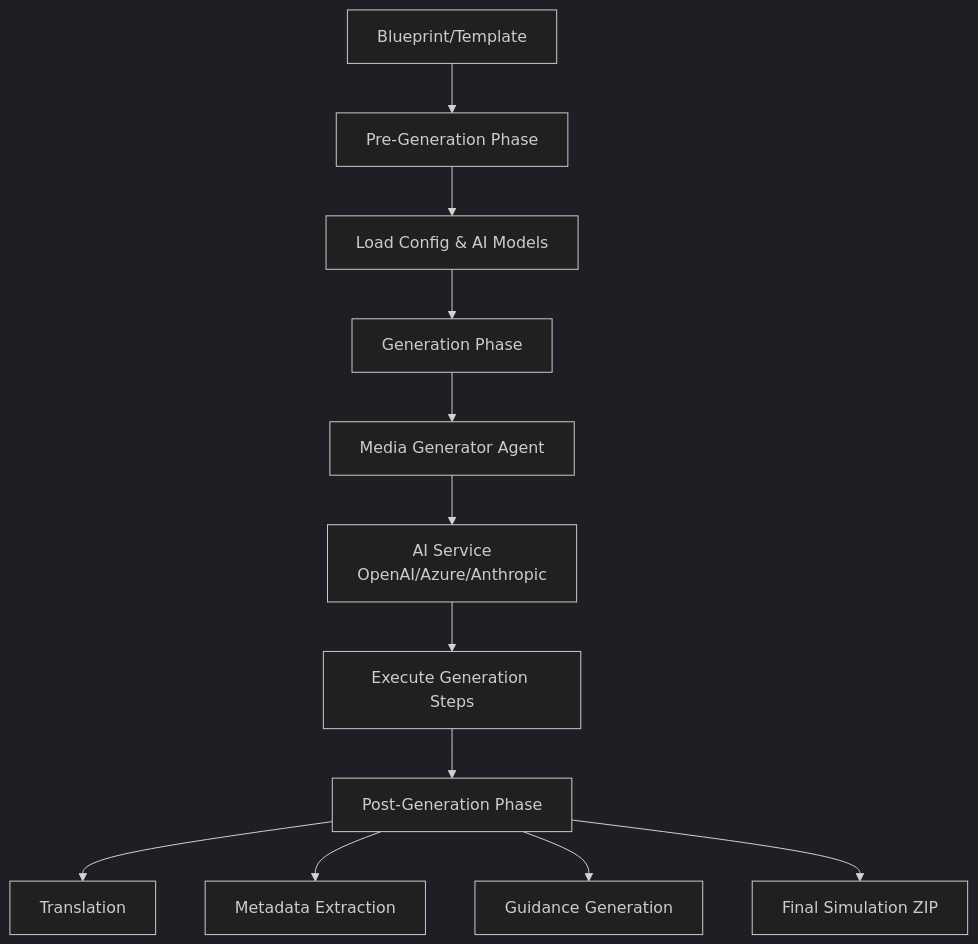
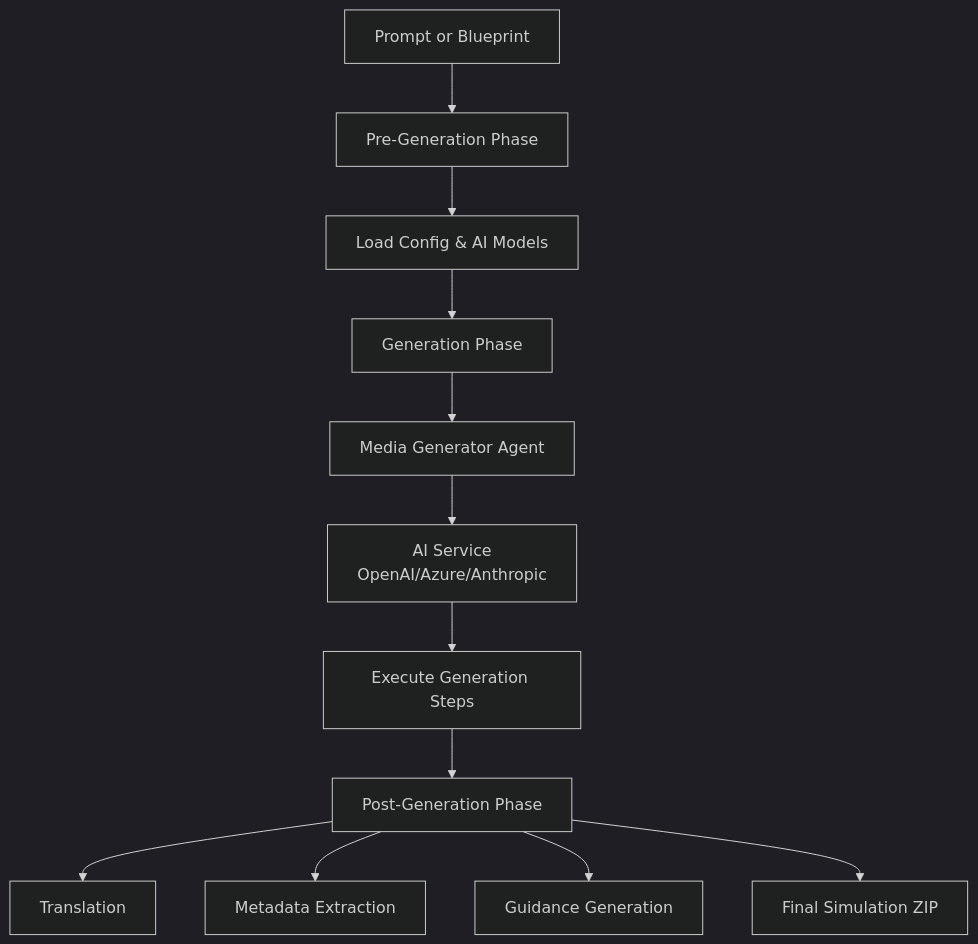
Before and after one commit to anthropos-work/rosetta: the diagram in corpus/services/studio-room.md, drawn with Mermaid (dark theme). The commit also changed other lines of this file and 24 other files, not shown here.

````diff
--- a/corpus/services/studio-room.md
+++ b/corpus/services/studio-room.md
@@ -43,14 +43,14 @@
 ```mermaid
 graph TD
-    Input[Blueprint/Template] --> PreGen[Pre-Generation Phase]
+    Input[Prompt or Blueprint] --> PreGen[Pre-Generation Phase]
     PreGen --> LoadConfig[Load Config & AI Models]
     LoadConfig --> GenPhase[Generation Phase]
     GenPhase --> Agent[Media Generator Agent]
     Agent --> AI[AI Service<br/>OpenAI/Azure/Anthropic]
     AI --> Steps[Execute Generation Steps]
     Steps --> PostGen[Post-Generation Phase]
     PostGen --> Translation[Translation]
     PostGen --> Metadata[Metadata Extraction]
     PostGen --> Guidance[Guidance Generation]
     PostGen --> Output[Final Simulation ZIP]
 ```
````
